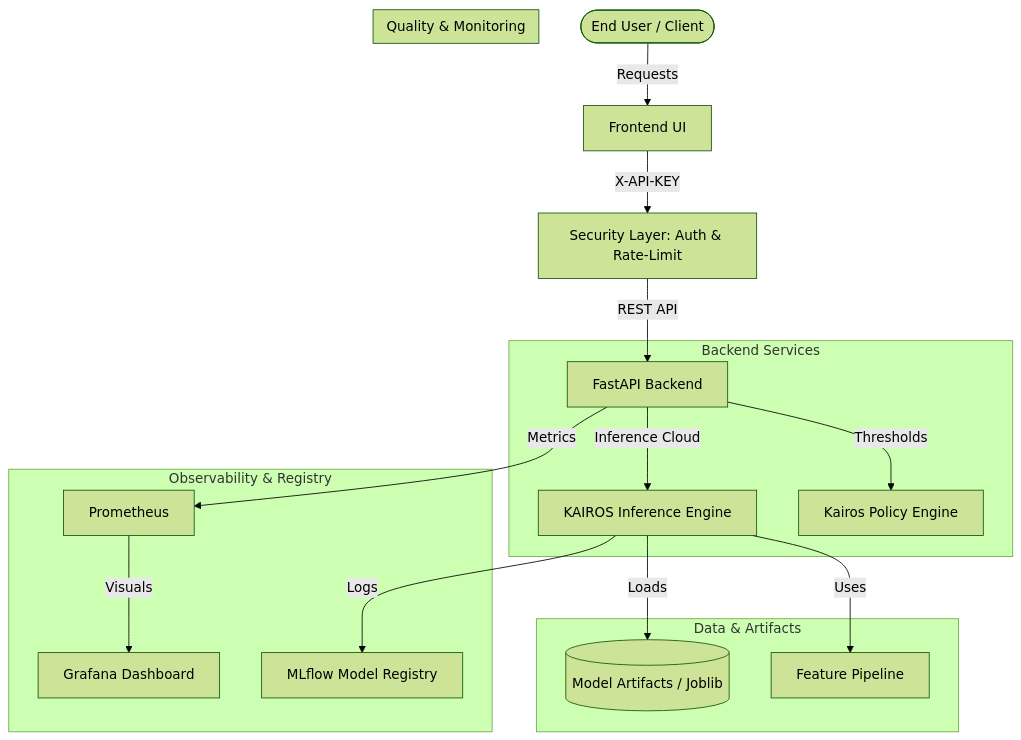
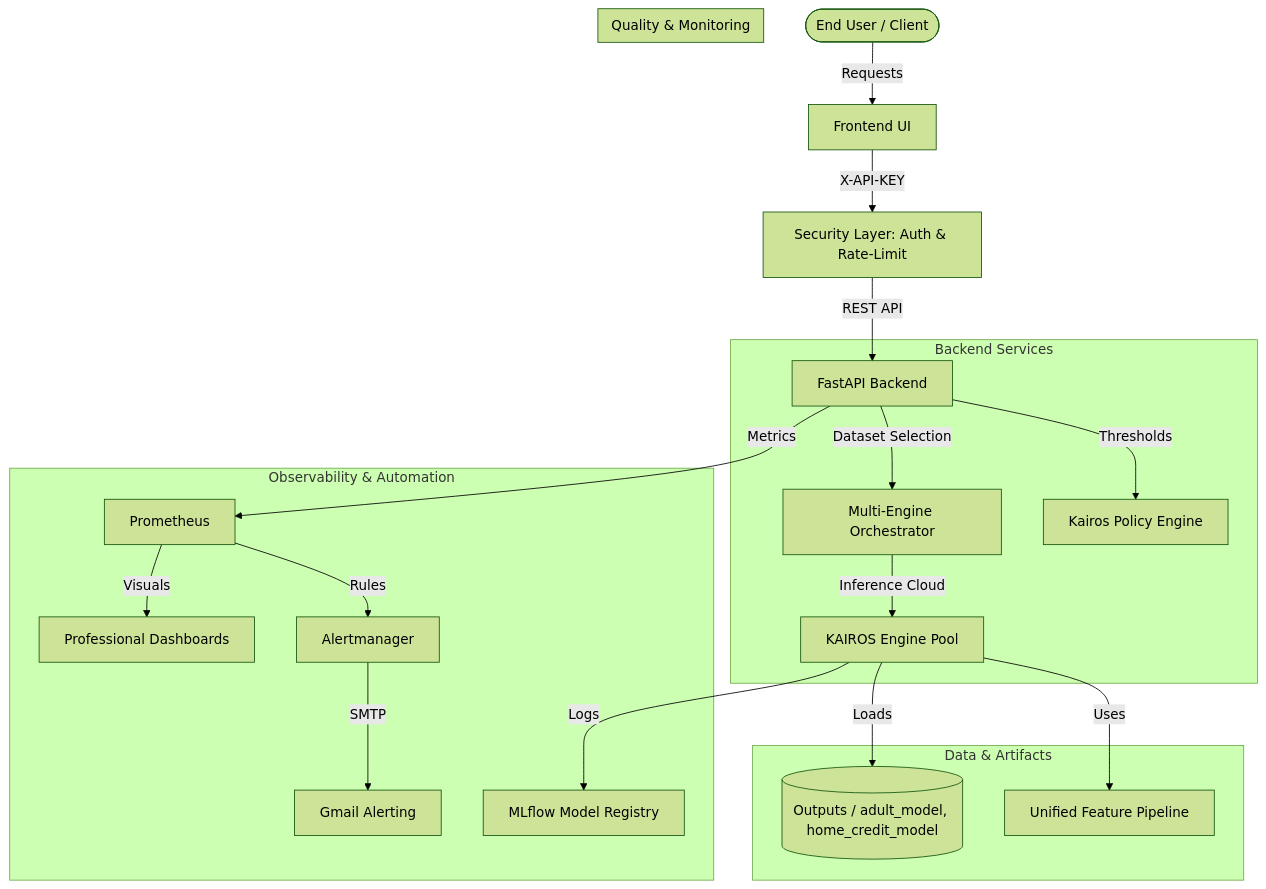
Before and after one commit to AbhijitMore/kairos: the first of 2 diagrams in docs/ARCHITECTURE.md, drawn with Mermaid (forest theme). The commit also changed other lines of this file and 63 other files, not shown here.

First line of the commit message:
feat(core): implement Multi-Engine Decision Architecture and Production Observability

````diff
--- a/docs/ARCHITECTURE.md
+++ b/docs/ARCHITECTURE.md
@@ -11,26 +11,29 @@
 ```mermaid
 graph TD
     User([End User / Client]) -->|Requests| Frontend[Frontend UI]
     Frontend -->|X-API-KEY| Security[Security Layer: Auth & Rate-Limit]
     Security -->|REST API| Backend[FastAPI Backend]
 
     subgraph "Backend Services"
-        Backend -->|Inference Cloud| Engine[KAIROS Inference Engine]
+        Backend -->|Dataset Selection| Orchestrator[Multi-Engine Orchestrator]
+        Orchestrator -->|Inference Cloud| Engine[KAIROS Engine Pool]
         Backend -->|Thresholds| Policy[Kairos Policy Engine]
     end
 
     subgraph "Data & Artifacts"
-        Engine -->|Loads| Artifacts[(Model Artifacts / Joblib)]
-        Engine -->|Uses| Pipeline[Feature Pipeline]
+        Engine -->|Loads| Artifacts[(Outputs / adult_model, home_credit_model)]
+        Engine -->|Uses| Pipeline[Unified Feature Pipeline]
     end
 
-    subgraph "Observability & Registry"
+    subgraph "Observability & Automation"
         Backend -->|Metrics| Prometheus[Prometheus]
-        Prometheus -->|Visuals| Grafana[Grafana Dashboard]
+        Prometheus -->|Visuals| Grafana[Professional Dashboards]
+        Prometheus -->|Rules| AM[Alertmanager]
+        AM -->|SMTP| Mail[Gmail Alerting]
         Engine -->|Logs| MLflow[MLflow Model Registry]
     end
 
     subgraph "Quality & Monitoring"
 
     end
 ```
````
